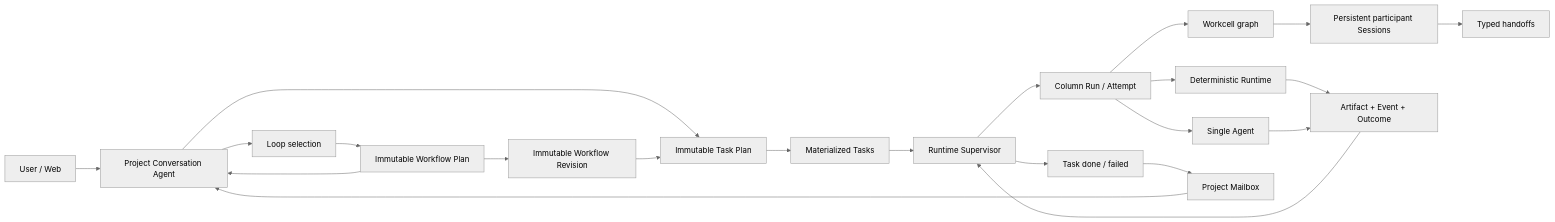
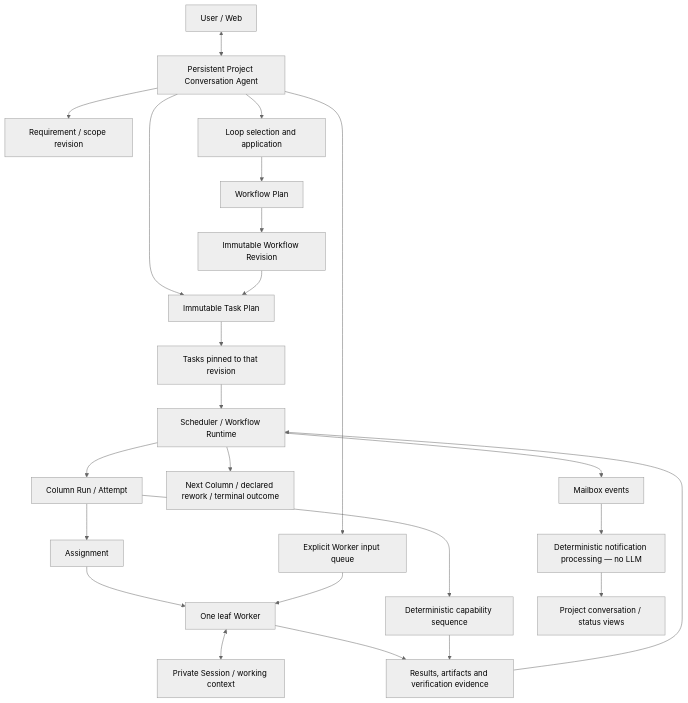
Before and after one commit to zanghongtu2006/DevWerk: the diagram in DevWerk/README.md, drawn with Mermaid (neutral theme). The commit also changed other lines of this file and 44 other files, not shown here.

````diff
--- a/DevWerk/README.md
+++ b/DevWerk/README.md
@@ -24,24 +11,26 @@
 ```mermaid
-flowchart LR
-    U["User / Web"] --> C["Project Conversation Agent"]
-    P["DEVWERK.md Platform Policy"] --> C
-    C --> L["Loop selection"]
-    L --> P["Immutable Workflow Plan"]
-    P --> W["Immutable Workflow Revision"]
-    C --> TP["Immutable Task Plan"]
-    W --> TP
-    TP --> TSK["Materialized Tasks"]
-    TSK --> S["Runtime Supervisor"]
-    S --> R["Column Run / Attempt"]
-    R --> D["Deterministic Runtime"]
-    R --> A["Single Agent"]
-    R --> WC["Workcell graph"]
-    WC --> PS["Persistent participant Sessions"]
-    PS --> H["Typed handoffs"]
-    D --> E["Artifact + Event + Outcome"]
-    A --> E
-    E --> S
-    S --> T["Task done / failed"]
-    T --> M["Project Mailbox"]
-    M --> C
+flowchart TD
+    U["User / Web"] <--> CA["Persistent Project Conversation Agent"]
+    CA --> REQ["Requirement / scope revision"]
+    CA --> LOOP["Loop selection and application"]
+    LOOP --> WP["Workflow Plan"]
+    WP --> WR["Immutable Workflow Revision"]
+    CA --> TP["Immutable Task Plan"]
+    WR --> TP
+    TP --> T["Tasks pinned to that revision"]
+    T --> RT["Scheduler / Workflow Runtime"]
+    RT --> CR["Column Run / Attempt"]
+    CR --> AS["Assignment"]
+    AS --> W["One leaf Worker"]
+    W <--> S["Private Session / working context"]
+    CR --> CS["Deterministic capability sequence"]
+    W --> E["Results, artifacts and verification evidence"]
+    CS --> E
+    E --> RT
+    RT --> NEXT["Next Column / declared rework / terminal outcome"]
+    CA --> WI["Explicit Worker input queue"]
+    WI --> W
+    RT --> MB["Mailbox events"]
+    MB --> NR["Deterministic notification processing — no LLM"]
+    NR --> UI["Project conversation / status views"]
 ```
````
